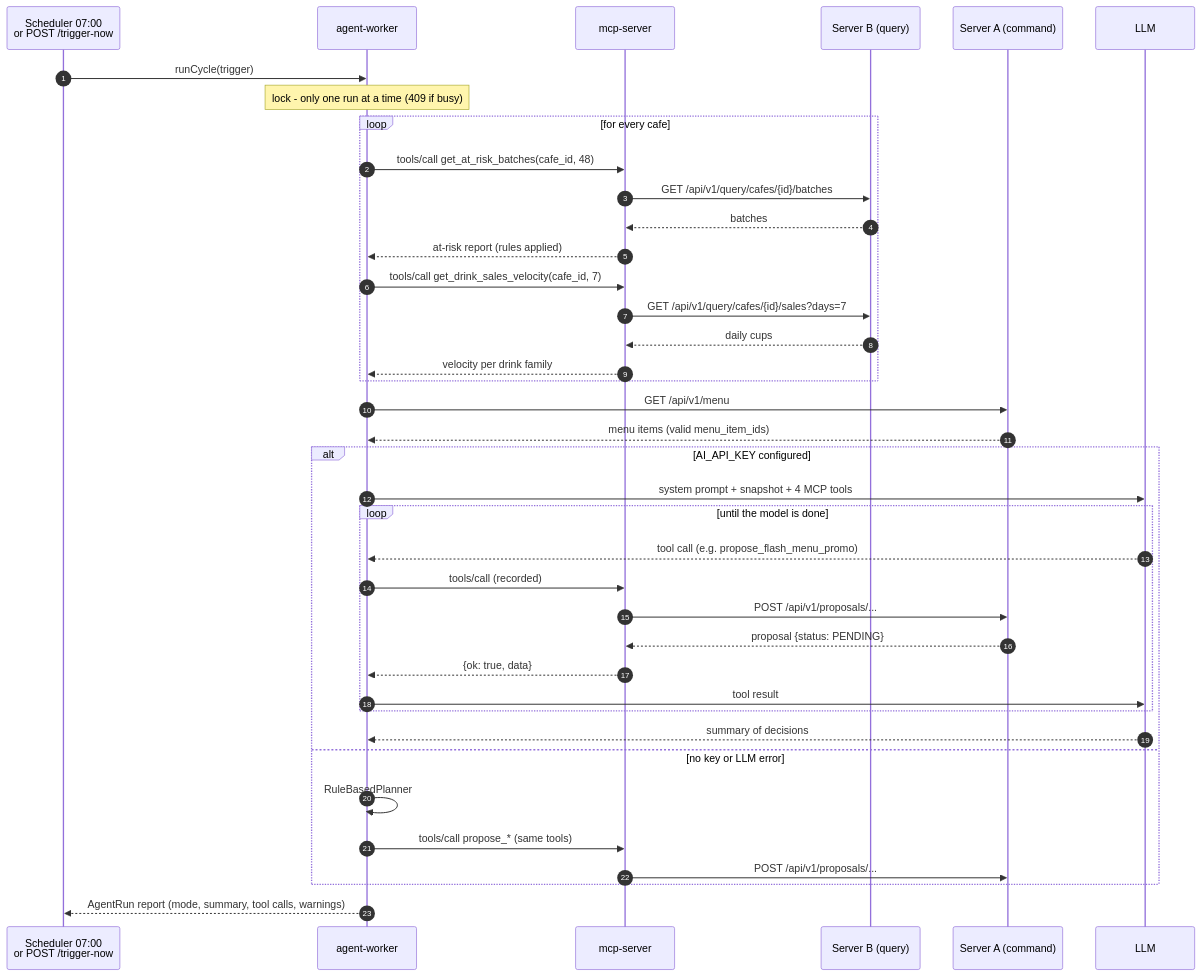
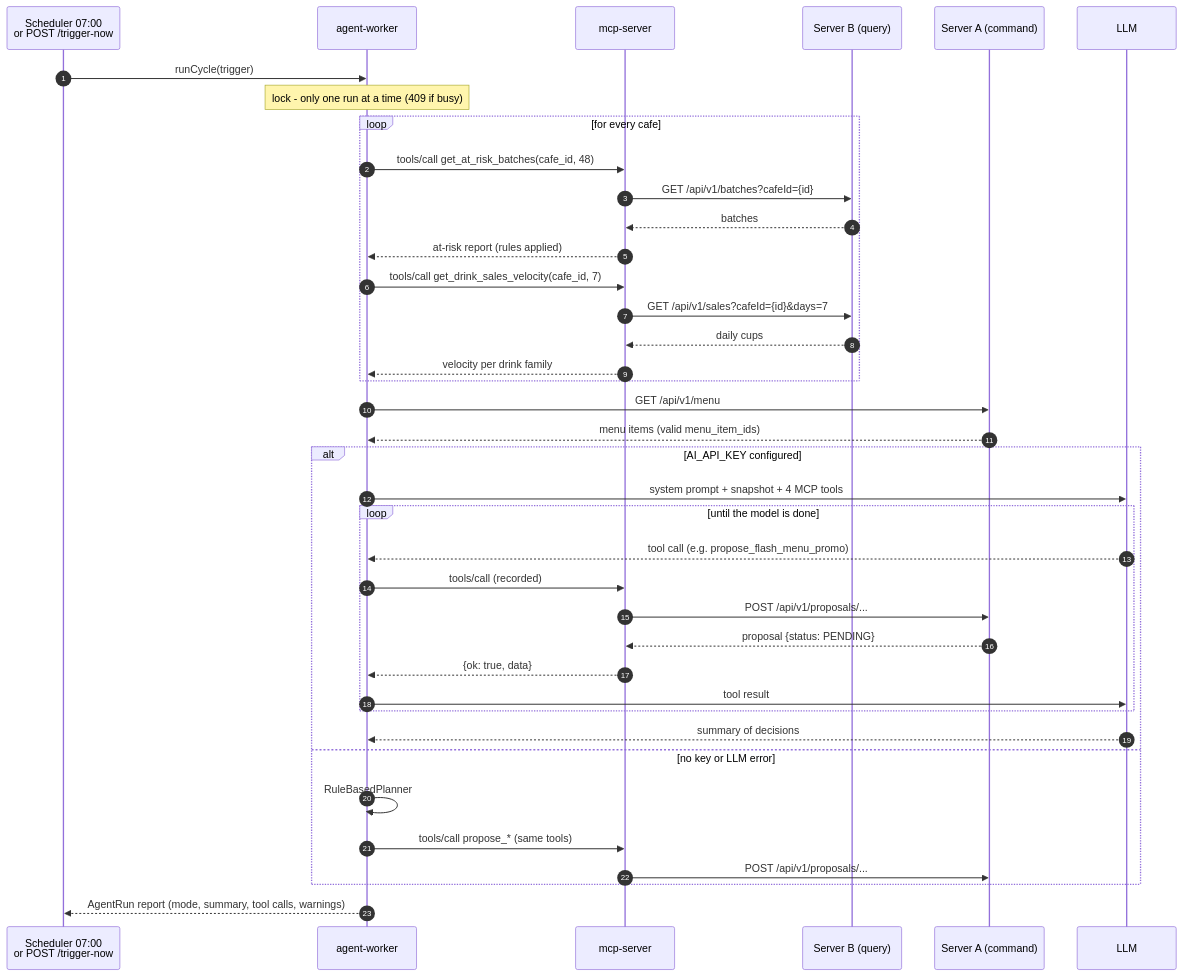
One commit to ShoebillPCBE/Specialty-Coffee-Roastery-and-Cafe-Network changed the first of 3 diagrams in docs/agent-flow.md. Above: the diagram before and after it, drawn with Mermaid. The commit also changed 10 other files, not shown here.

````diff
--- a/docs/agent-flow.md
+++ b/docs/agent-flow.md
@@ -5,43 +5,43 @@
 ```mermaid
 sequenceDiagram
     autonumber
     participant S as Scheduler 07:00<br/>or POST /trigger-now
     participant AW as agent-worker
     participant MCP as mcp-server
     participant B as Server B (query)
     participant A as Server A (command)
     participant LLM as LLM
 
     S->>AW: runCycle(trigger)
     Note over AW: lock - only one run at a time (409 if busy)
     loop for every cafe
         AW->>MCP: tools/call get_at_risk_batches(cafe_id, 48)
-        MCP->>B: GET /api/v1/query/cafes/{id}/batches
+        MCP->>B: GET /api/v1/batches?cafeId={id}
         B-->>MCP: batches
         MCP-->>AW: at-risk report (rules applied)
         AW->>MCP: tools/call get_drink_sales_velocity(cafe_id, 7)
-        MCP->>B: GET /api/v1/query/cafes/{id}/sales?days=7
+        MCP->>B: GET /api/v1/sales?cafeId={id}&days=7
         B-->>MCP: daily cups
         MCP-->>AW: velocity per drink family
     end
     AW->>A: GET /api/v1/menu
     A-->>AW: menu items (valid menu_item_ids)
 
     alt AI_API_KEY configured
         AW->>LLM: system prompt + snapshot + 4 MCP tools
         loop until the model is done
             LLM-->>AW: tool call (e.g. propose_flash_menu_promo)
             AW->>MCP: tools/call (recorded)
             MCP->>A: POST /api/v1/proposals/...
             A-->>MCP: proposal {status: PENDING}
             MCP-->>AW: {ok: true, data}
             AW->>LLM: tool result
         end
         LLM-->>AW: summary of decisions
     else no key or LLM error
         AW->>AW: RuleBasedPlanner
         AW->>MCP: tools/call propose_* (same tools)
         MCP->>A: POST /api/v1/proposals/...
     end
     AW-->>S: AgentRun report (mode, summary, tool calls, warnings)
 ```
````
